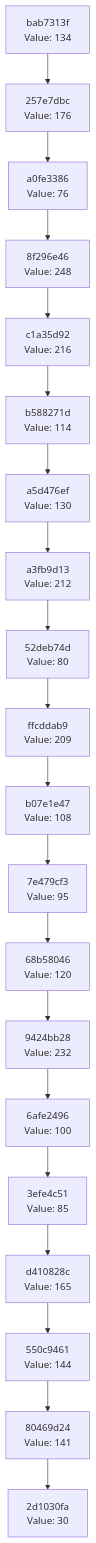
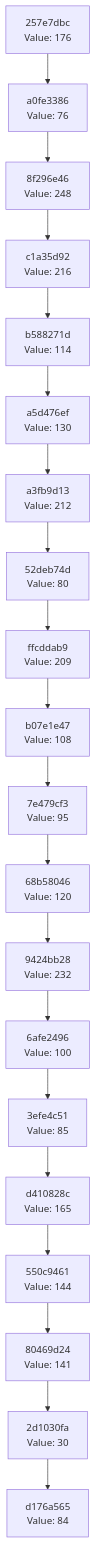
Before and after one commit to Abhisheksinha1506/hash-chain-evolver: the diagram in docs/CHAIN_VISUALIZATION.md, drawn with Mermaid. The commit also changed 2 other files, not shown here.

Commit message:
Evolution step: hash 0x54 → action executed

````diff
--- a/docs/CHAIN_VISUALIZATION.md
+++ b/docs/CHAIN_VISUALIZATION.md
@@ -3,42 +3,42 @@
 ```mermaid
 graph TD
-    C0["2d1030fa<br/>Value: 30"]
-    C1["80469d24<br/>Value: 141"]
+    C0["d176a565<br/>Value: 84"]
+    C1["2d1030fa<br/>Value: 30"]
     C1 --> C0
-    C2["550c9461<br/>Value: 144"]
+    C2["80469d24<br/>Value: 141"]
     C2 --> C1
-    C3["d410828c<br/>Value: 165"]
+    C3["550c9461<br/>Value: 144"]
     C3 --> C2
-    C4["3efe4c51<br/>Value: 85"]
+    C4["d410828c<br/>Value: 165"]
     C4 --> C3
-    C5["6afe2496<br/>Value: 100"]
+    C5["3efe4c51<br/>Value: 85"]
     C5 --> C4
-    C6["9424bb28<br/>Value: 232"]
+    C6["6afe2496<br/>Value: 100"]
     C6 --> C5
-    C7["68b58046<br/>Value: 120"]
+    C7["9424bb28<br/>Value: 232"]
     C7 --> C6
-    C8["7e479cf3<br/>Value: 95"]
+    C8["68b58046<br/>Value: 120"]
     C8 --> C7
-    C9["b07e1e47<br/>Value: 108"]
+    C9["7e479cf3<br/>Value: 95"]
     C9 --> C8
-    C10["ffcddab9<br/>Value: 209"]
+    C10["b07e1e47<br/>Value: 108"]
     C10 --> C9
-    C11["52deb74d<br/>Value: 80"]
+    C11["ffcddab9<br/>Value: 209"]
     C11 --> C10
-    C12["a3fb9d13<br/>Value: 212"]
+    C12["52deb74d<br/>Value: 80"]
     C12 --> C11
-    C13["a5d476ef<br/>Value: 130"]
+    C13["a3fb9d13<br/>Value: 212"]
     C13 --> C12
-    C14["b588271d<br/>Value: 114"]
+    C14["a5d476ef<br/>Value: 130"]
     C14 --> C13
-    C15["c1a35d92<br/>Value: 216"]
+    C15["b588271d<br/>Value: 114"]
     C15 --> C14
-    C16["8f296e46<br/>Value: 248"]
+    C16["c1a35d92<br/>Value: 216"]
     C16 --> C15
-    C17["a0fe3386<br/>Value: 76"]
+    C17["8f296e46<br/>Value: 248"]
     C17 --> C16
-    C18["257e7dbc<br/>Value: 176"]
+    C18["a0fe3386<br/>Value: 76"]
     C18 --> C17
-    C19["bab7313f<br/>Value: 134"]
+    C19["257e7dbc<br/>Value: 176"]
     C19 --> C18
 ```
````
